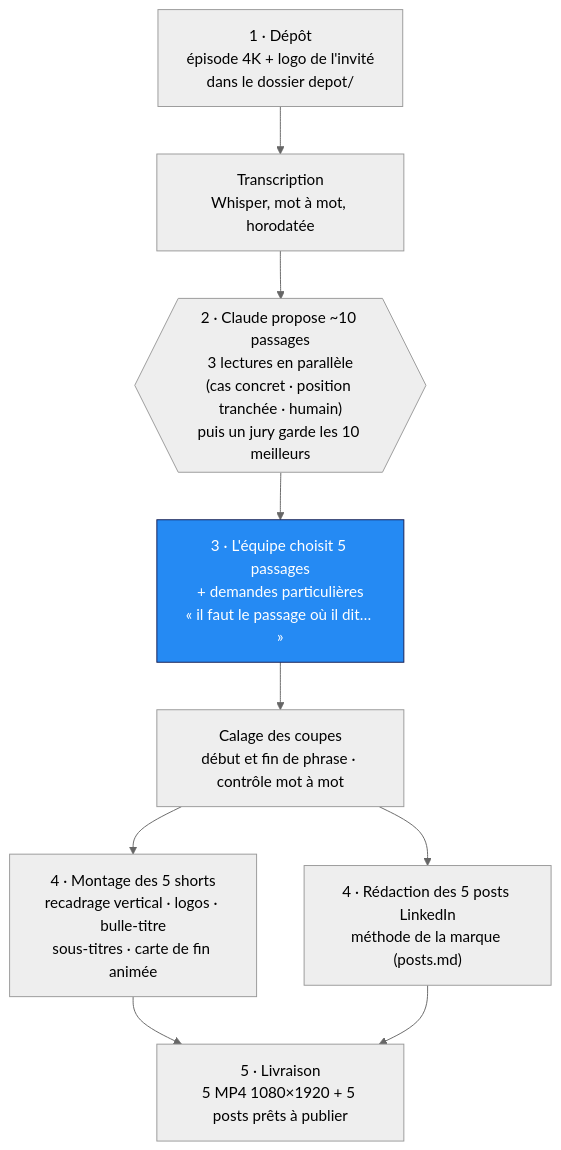
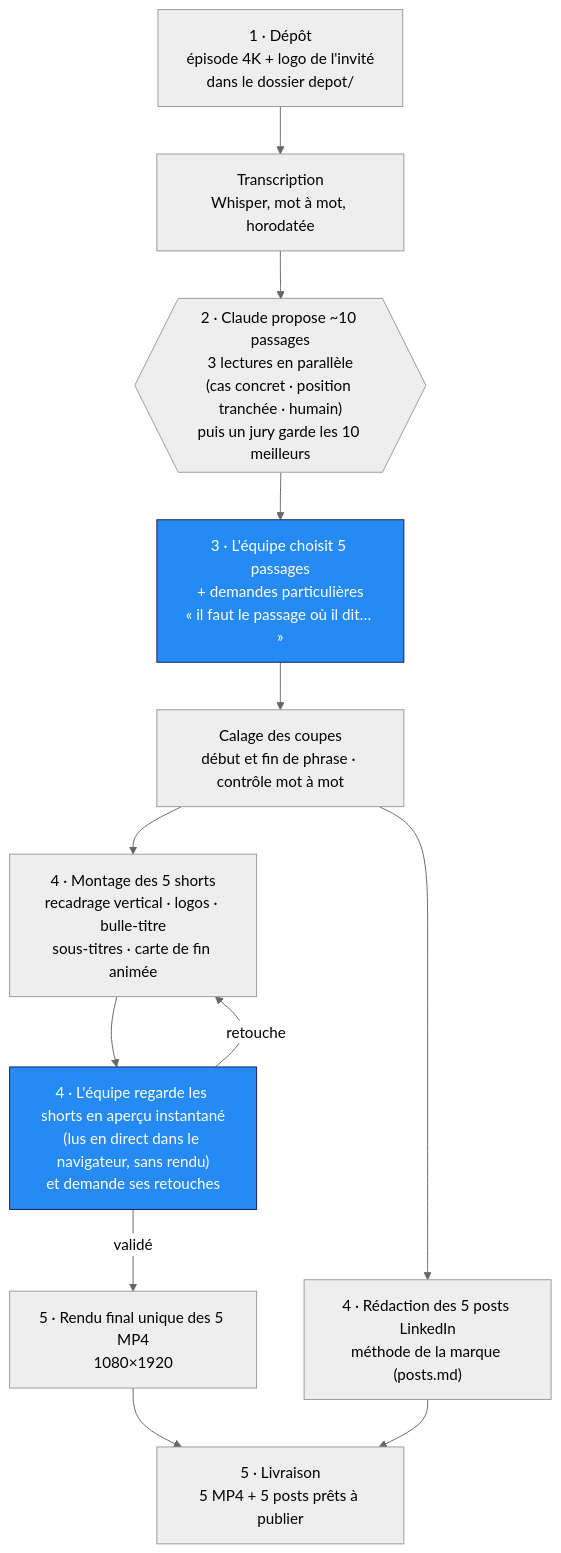
One commit to arthurw31/podcast-clipper changed the first of 2 diagrams in docs/FRAMEWORK.md. Above: the diagram before and after it, drawn with Mermaid (neutral theme). The commit also changed other lines of this file and 5 other files, not shown here.

Commit message:
Aperçu instantané intégré au workflow : preview (Studio en arrière-plan, un port par short, --stop), validation avant le rendu final ; skill et schémas à jour

````diff
--- a/docs/FRAMEWORK.md
+++ b/docs/FRAMEWORK.md
@@ -9,14 +9,17 @@
 ```mermaid
 flowchart TD
     A["1 · Dépôt<br/>épisode 4K + logo de l'invité<br/>dans le dossier depot/"] --> B["Transcription<br/>Whisper, mot à mot, horodatée"]
     B --> C{{"2 · Claude propose ~10 passages<br/>3 lectures en parallèle<br/>(cas concret · position tranchée · humain)<br/>puis un jury garde les 10 meilleurs"}}
     C --> D["3 · L'équipe choisit 5 passages<br/>+ demandes particulières<br/>« il faut le passage où il dit… »"]
     D --> E["Calage des coupes<br/>début et fin de phrase · contrôle mot à mot"]
     E --> F["4 · Montage des 5 shorts<br/>recadrage vertical · logos · bulle-titre<br/>sous-titres · carte de fin animée"]
+    F --> V["4 · L'équipe regarde les shorts en aperçu instantané<br/>(lus en direct dans le navigateur, sans rendu)<br/>et demande ses retouches"]
+    V -->|retouche| F
     E --> G["4 · Rédaction des 5 posts LinkedIn<br/>méthode de la marque (posts.md)"]
-    F --> H["5 · Livraison<br/>5 MP4 1080×1920 + 5 posts prêts à publier"]
+    V -->|validé| R["5 · Rendu final unique des 5 MP4<br/>1080×1920"]
+    R --> H["5 · Livraison<br/>5 MP4 + 5 posts prêts à publier"]
     G --> H
 
     classDef human fill:#258AF3,color:#fff,stroke:#151D53;
-    class D human;
+    class D,V human;
 ```
````
